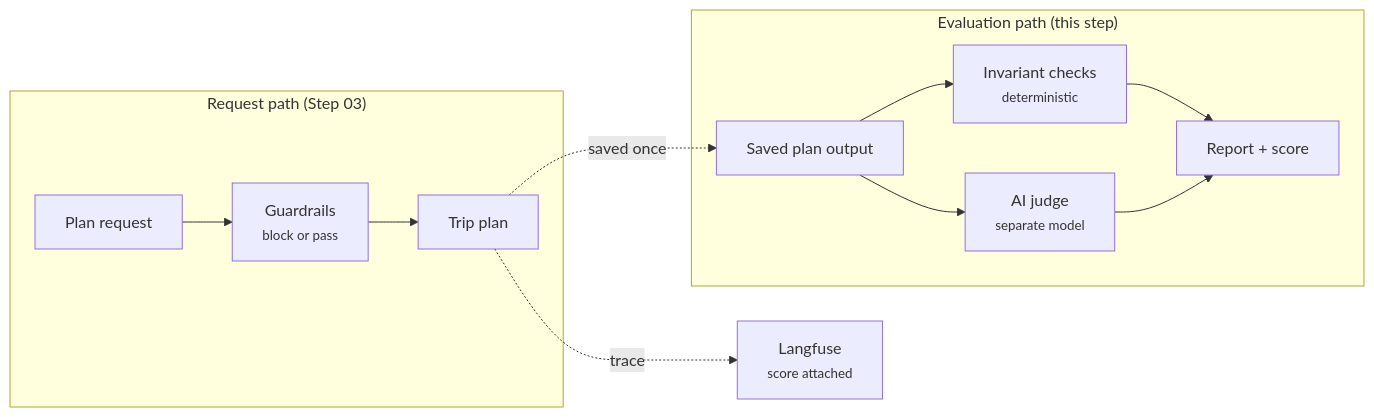
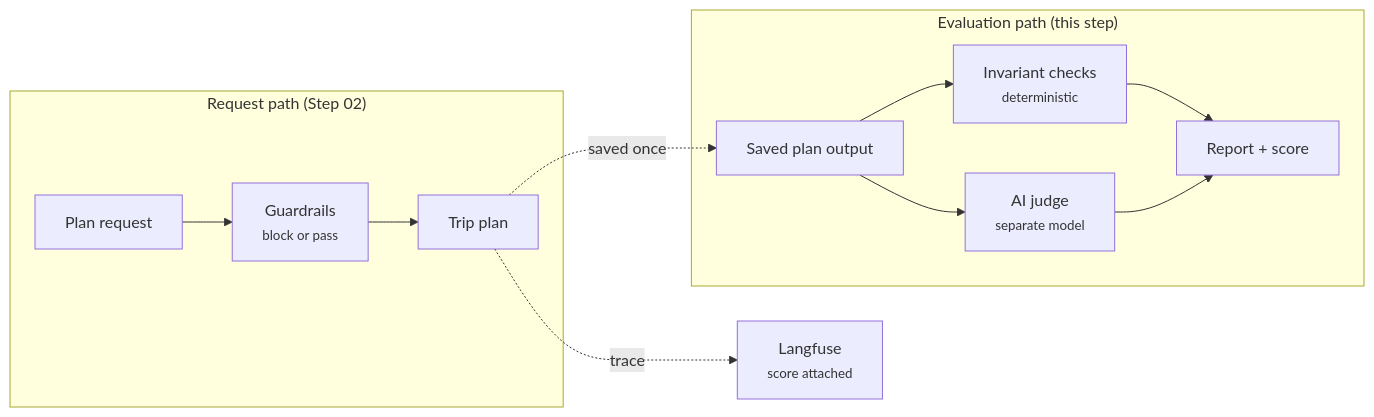
Before and after one commit to quarkusio/quarkus-workshop-langchain4j: the diagram in docs/docs/section-3/step-07.md, drawn with Mermaid. The commit also changed other lines of this file and 7 other files, not shown here.

````diff
--- a/docs/docs/section-3/step-07.md
+++ b/docs/docs/section-3/step-07.md
@@ -21,17 +21,17 @@
 ```mermaid
 flowchart LR
-    subgraph runtime["Request path (Step 03)"]
+    subgraph runtime["Request path (Step 02)"]
         req["Plan request"] --> gr["Guardrails<br/><small>block or pass</small>"]
         gr --> plan["Trip plan"]
     end
 
     subgraph eval["Evaluation path (this step)"]
         saved["Saved plan output"] --> inv["Invariant checks<br/><small>deterministic</small>"]
         saved --> judge["AI judge<br/><small>separate model</small>"]
         inv --> rep["Report + score"]
         judge --> rep
         plan -.->|"saved once"| saved
     end
 
     plan -.->|"trace"| lf["Langfuse<br/><small>score attached</small>"]
 ```
````
